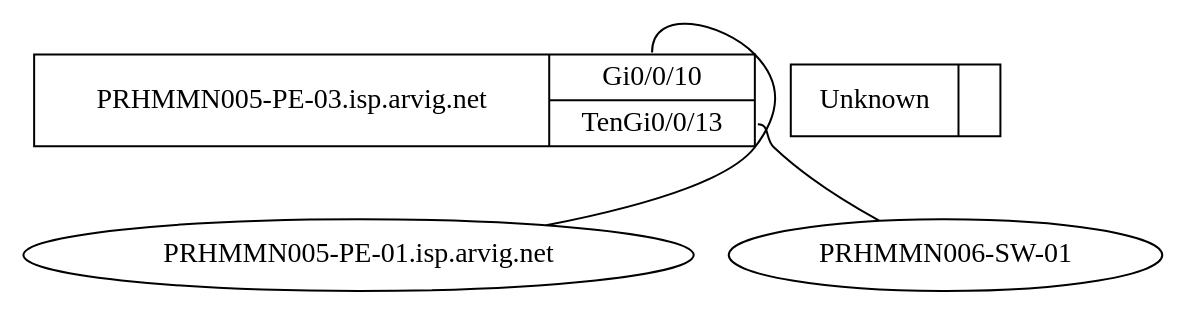
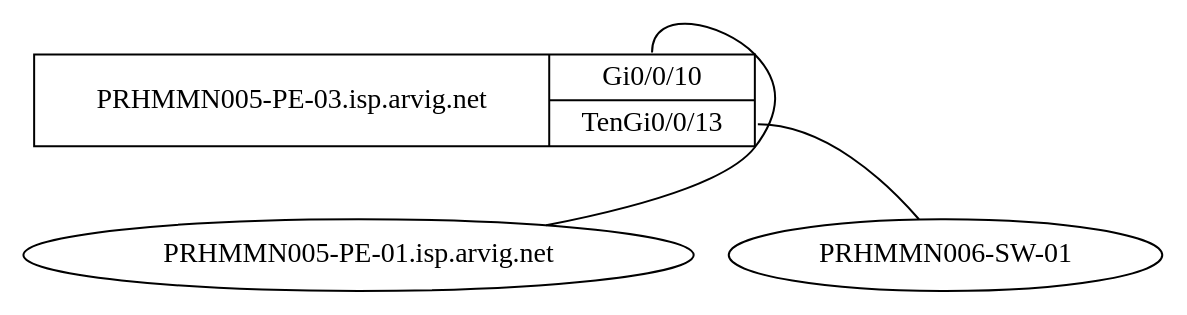
Before and after one commit to chrisimba/ansible-examples: the diagram in LLDP-to-Graph/network.dot, drawn with Graphviz.

```diff
--- a/LLDP-to-Graph/network.dot
+++ b/LLDP-to-Graph/network.dot
@@ -1,8 +1,6 @@
 graph network {
   "PRHMMN005-PE-03.isp.arvig.net" [shape=record,
     label="<node>PRHMMN005-PE-03.isp.arvig.net|{ <Gi0/0/10>Gi0/0/10|<TenGi0/0/13>TenGi0/0/13 }"];
-  "Unknown" [shape=record,
-    label="<node>Unknown|{  }"];
   "PRHMMN005-PE-03.isp.arvig.net":"Gi0/0/10" -- "PRHMMN005-PE-01.isp.arvig.net":"Gi0/0/0/23";
   "PRHMMN005-PE-03.isp.arvig.net":"TenGi0/0/13" -- "PRHMMN006-SW-01":"eth-0-32";
 }
```
